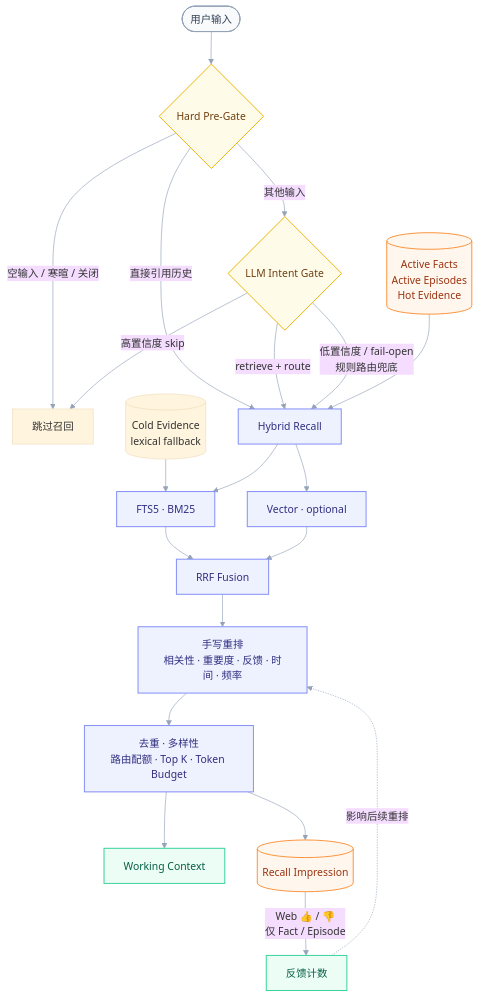
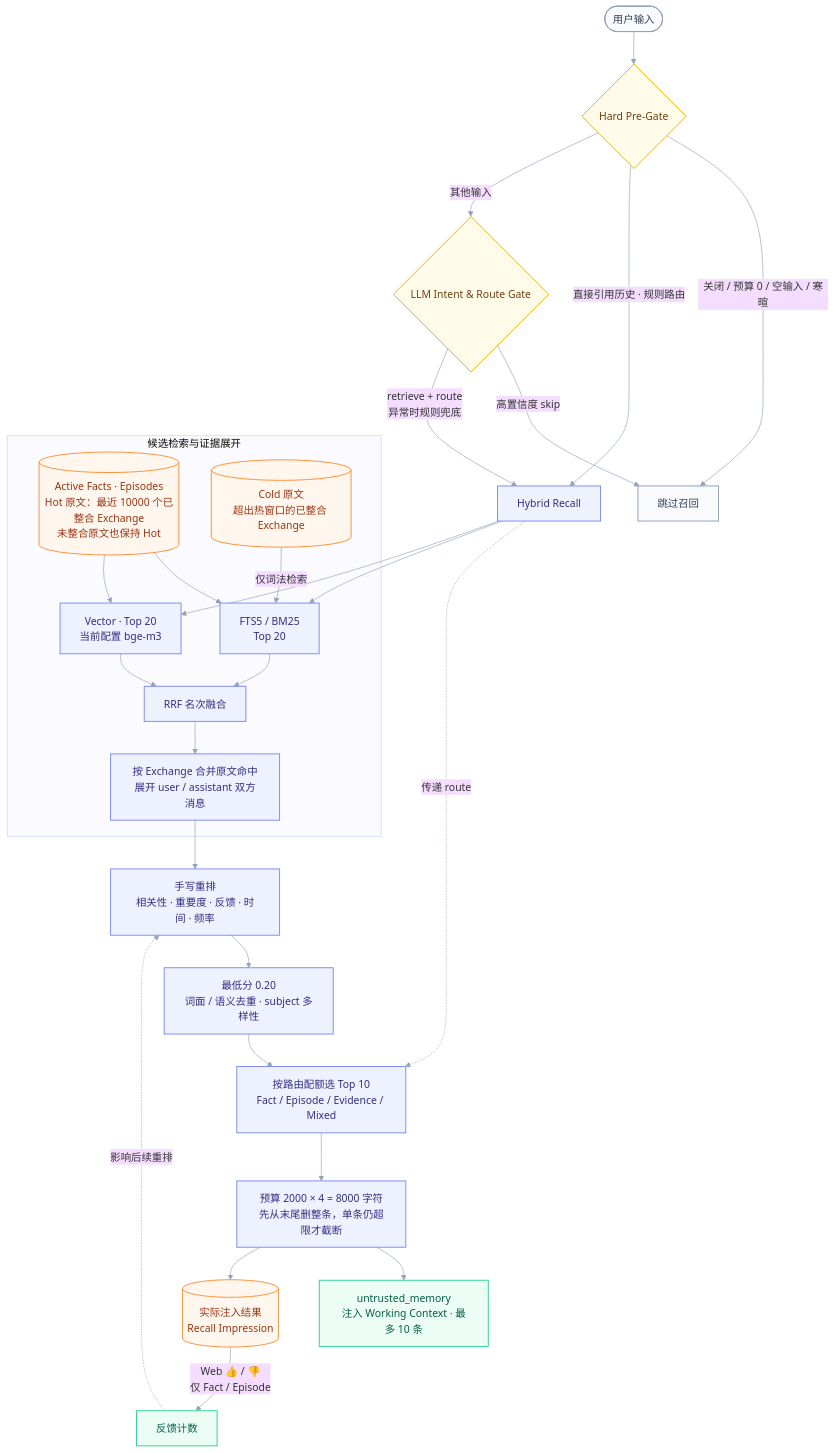
The fourth of 5 diagrams in README.md (zzjzzjzzj423/gugugaga-Agent), drawn with Mermaid before and after one commit. The commit also changed other lines of this file and 9 other files, not shown here.

````diff
--- a/README.md
+++ b/README.md
@@ -370,36 +383,48 @@
 ```mermaid
 %%{init: {"theme":"base","themeVariables":{"fontFamily":"Inter, Segoe UI, Microsoft YaHei","lineColor":"#94A3B8","clusterBkg":"#F8FAFC","clusterBorder":"#E2E8F0"}}}%%
 flowchart TB
     Q(["用户输入"]) --> P{"Hard Pre-Gate"}
-    P -->|"空输入 / 寒暄 / 关闭"| SKIP["跳过召回"]
-    P -->|"直接引用历史"| H["Hybrid Recall"]
-    P -->|"其他输入"| IG{"LLM Intent Gate"}
+    P -->|"关闭 / 预算 0 / 空输入 / 寒暄"| SKIP["跳过召回"]
+    P -->|"直接引用历史 · 规则路由"| H["Hybrid Recall"]
+    P -->|"其他输入"| IG{"LLM Intent & Route Gate"}
     IG -->|"高置信度 skip"| SKIP
-    IG -->|"retrieve + route"| H
-    IG -->|"低置信度 / fail-open<br/>规则路由兜底"| H
+    IG -->|"retrieve + route<br/>异常时规则兜底"| H
 
-    C[("Active Facts<br/>Active Episodes<br/>Hot Evidence")] --> H
-    CE[("Cold Evidence<br/>lexical fallback")] --> B
-    H --> B["FTS5 · BM25"]
-    H --> V["Vector · optional"]
-    B --> R["RRF Fusion"]
-    V --> R
-    R --> RR["手写重排<br/>相关性 · 重要度 · 反馈 · 时间 · 频率"]
-    RR --> S["去重 · 多样性<br/>路由配额 · Top K · Token Budget"]
-    S --> WC["Working Context"]
-    S --> RI[("Recall Impression")]
+    subgraph SEARCH["候选检索与证据展开"]
+        C[("Active Facts · Episodes<br/>Hot 原文：最近 10000 个已整合 Exchange<br/>未整合原文也保持 Hot")]
+        CE[("Cold 原文<br/>超出热窗口的已整合 Exchange")]
+        B["FTS5 / BM25<br/>Top 20"]
+        V["Vector · Top 20<br/>当前配置 bge-m3"]
+        C --> B
+        C --> V
+        CE -->|"仅词法检索"| B
+        B --> R["RRF 名次融合"]
+        V --> R
+        R --> X["按 Exchange 合并原文命中<br/>展开 user / assistant 双方消息"]
+    end
+    H --> B
+    H --> V
+
+    X --> RR["手写重排<br/>相关性 · 重要度 · 反馈 · 时间 · 频率"]
+    RR --> D["最低分 0.20<br/>词面 / 语义去重 · subject 多样性"]
+    D --> S["按路由配额选 Top 10<br/>Fact / Episode / Evidence / Mixed"]
+    H -.->|"传递 route"| S
+    S --> BUD["预算 2000 × 4 = 8000 字符<br/>先从末尾删整条，单条仍超限才截断"]
+    BUD --> WC["untrusted_memory<br/>注入 Working Context · 最多 10 条"]
+    BUD --> RI[("实际注入结果<br/>Recall Impression")]
     RI -->|"Web 👍 / 👎<br/>仅 Fact / Episode"| FB["反馈计数"]
     FB -.->|"影响后续重排"| RR
 
     classDef input fill:#F8FAFC,stroke:#94A3B8,color:#334155,stroke-width:1.5px;
     classDef process fill:#EEF2FF,stroke:#818CF8,color:#312E81,stroke-width:1.5px;
     classDef decision fill:#FEFCE8,stroke:#EAB308,color:#713F12,stroke-width:1.5px;
     classDef memory fill:#FFF7ED,stroke:#FB923C,color:#9A3412,stroke-width:1.5px;
     classDef success fill:#ECFDF5,stroke:#34D399,color:#065F46,stroke-width:1.5px;
 
-    class Q input;
+    class Q,SKIP input;
     class P,IG decision;
-    class H,B,V,R,RR,S process;
-    class C,RI memory;
+    class H,B,V,R,X,RR,D,S,BUD process;
+    class C,CE,RI memory;
     class WC,FB success;
+    style SEARCH fill:#FAFAFF,stroke:#C7D2FE,stroke-width:1px
 ```
````
